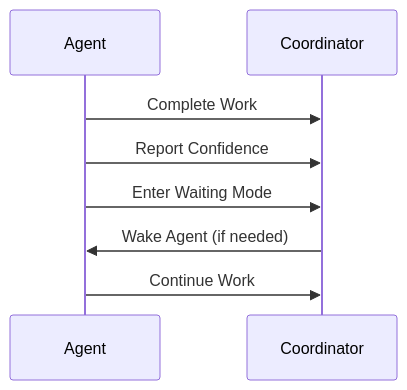
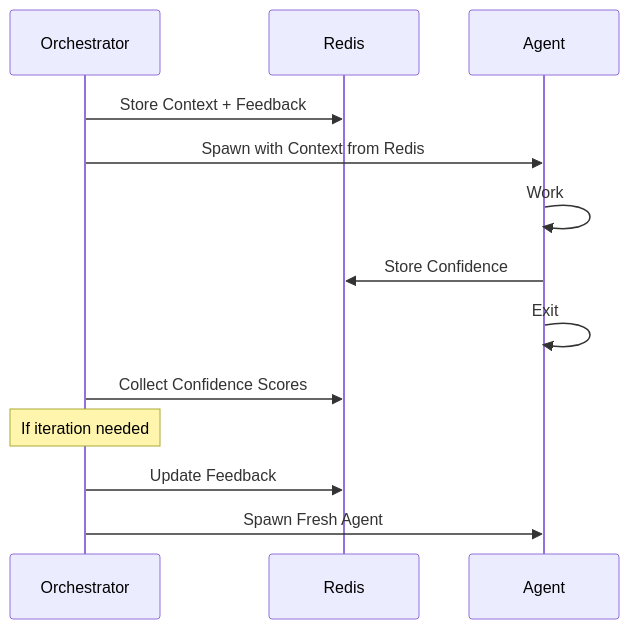
Before and after one commit to masharratt/claude-flow-novice: the second of 4 diagrams in readme/cfn-loop-flow-diagram.md, drawn with Mermaid. The commit also changed other lines of this file and 2 other files, not shown here.

First line of the commit message:
docs(cfn-v3): Update CFN Loop docs for stateless architecture

````diff
--- a/readme/cfn-loop-flow-diagram.md
+++ b/readme/cfn-loop-flow-diagram.md
@@ -51,11 +53,17 @@
 ```mermaid
 sequenceDiagram
+    participant O as Orchestrator
+    participant R as Redis
     participant A as Agent
-    participant C as Coordinator
-    
-    A->>C: Complete Work
-    A->>C: Report Confidence
-    A->>C: Enter Waiting Mode
-    C->>A: Wake Agent (if needed)
-    A->>C: Continue Work
+
+    O->>R: Store Context + Feedback
+    O->>A: Spawn with Context from Redis
+    A->>A: Work
+    A->>R: Store Confidence
+    A->>A: Exit
+    O->>R: Collect Confidence Scores
+
+    Note over O: If iteration needed
+    O->>R: Update Feedback
+    O->>A: Spawn Fresh Agent
 ```
````
